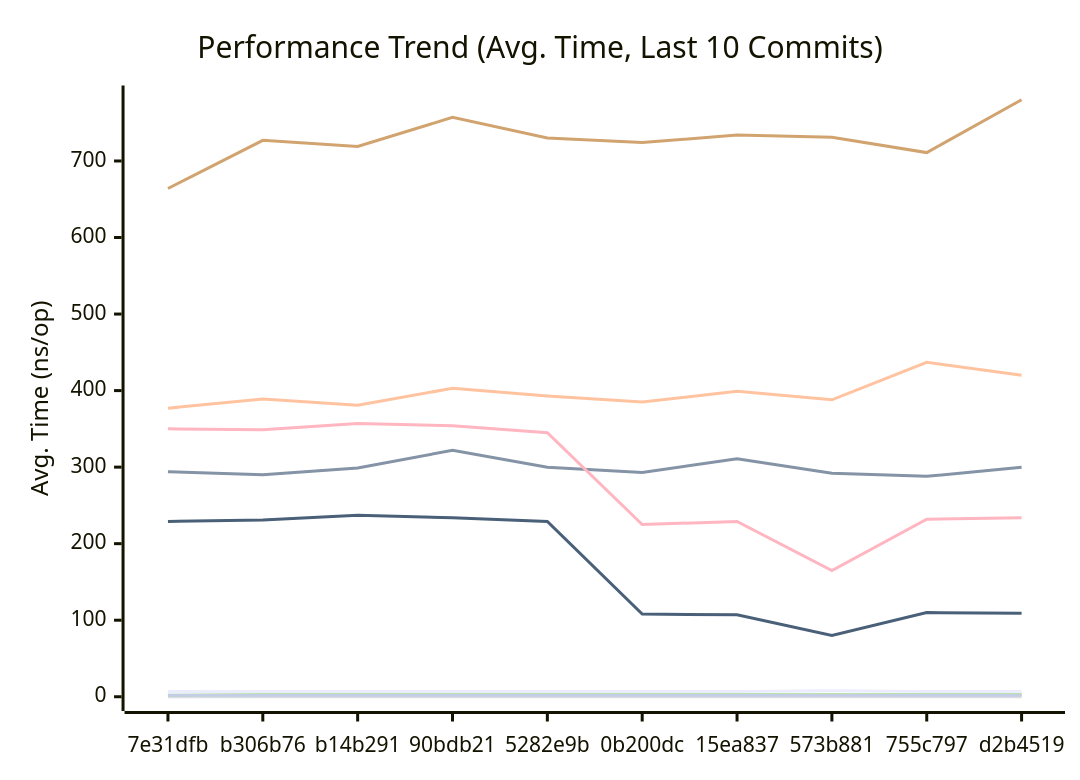
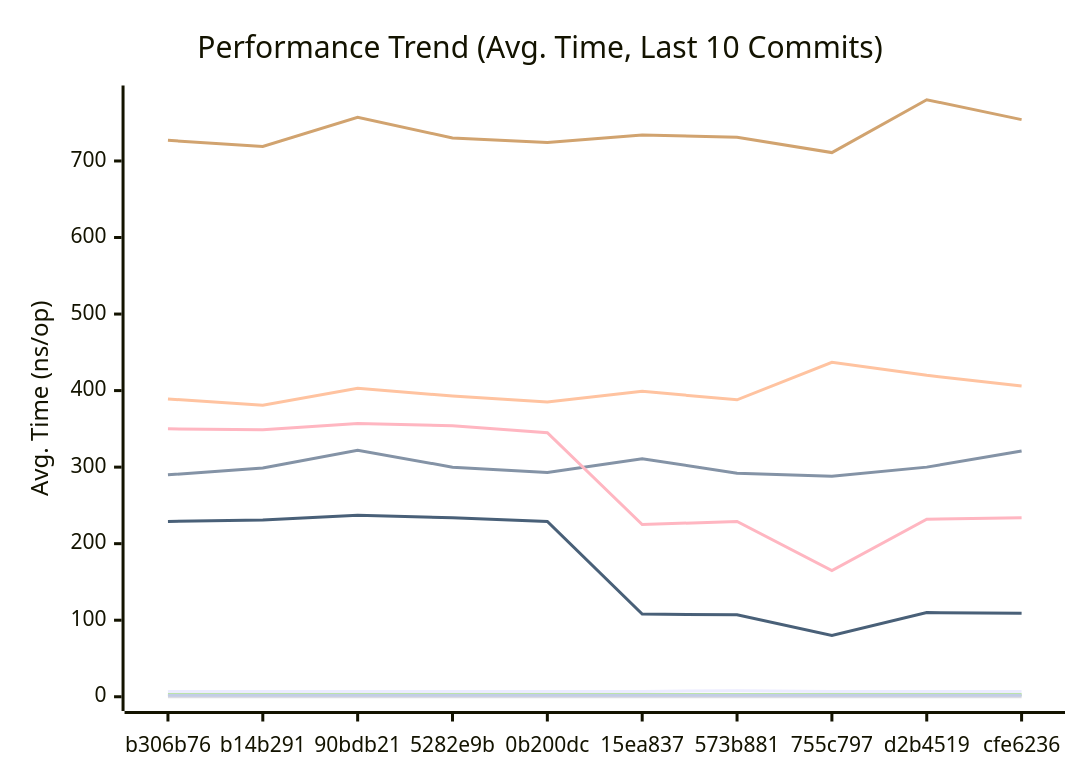
One commit to alsotoes/momo changed the first of 3 diagrams in docs/PERFORMANCE.md. Above: the diagram before and after it, drawn with Mermaid. The commit also changed other lines of this file and 2 other files, not shown here.

Commit message:
fix: check json.Marshal errors in replication state changes (#460)

````diff
--- a/docs/PERFORMANCE.md
+++ b/docs/PERFORMANCE.md
@@ -80,16 +80,16 @@
 ```mermaid
 xychart-beta
     title "Performance Trend (Avg. Time, Last 10 Commits)"
     x-axis "Commit"
     y-axis "Avg. Time (ns/op)"
-    x-axis [7e31dfb,b306b76,b14b291,90bdb21,5282e9b,0b200dc,15ea837,573b881,755c797,d2b4519]
-    line "CheckMetricsAndSwap" [7,7,7,7,7,7,7,8,7,7]
-    line "CrushOptimized" [294,290,299,322,300,293,311,292,288,300]
-    line "CrushOriginal" [377,389,381,403,393,385,399,388,437,420]
+    x-axis [b306b76,b14b291,90bdb21,5282e9b,0b200dc,15ea837,573b881,755c797,d2b4519,cfe6236]
+    line "CheckMetricsAndSwap" [7,7,7,7,7,7,8,7,7,7]
+    line "CrushOptimized" [290,299,322,300,293,311,292,288,300,321]
+    line "CrushOriginal" [389,381,403,393,385,399,388,437,420,406]
     line "IndexDirectTracking" [0,0,0,0,0,0,0,0,0,0]
-    line "IndexSearch" [2,3,3,3,3,3,3,3,3,3]
-    line "LoadGlobalConfig" [664,727,719,757,730,724,734,731,711,780]
+    line "IndexSearch" [3,3,3,3,3,3,3,3,3,3]
+    line "LoadGlobalConfig" [727,719,757,730,724,734,731,711,780,754]
     line "PadString" [2,2,2,2,2,2,2,2,2,2]
     line "ParseReplicationOrder_NoPrealloc" [350,349,357,354,345,225,229,165,232,234]
     line "ParseReplicationOrder_Prealloc" [229,231,237,234,229,108,107,80,110,109]
 ```
````
